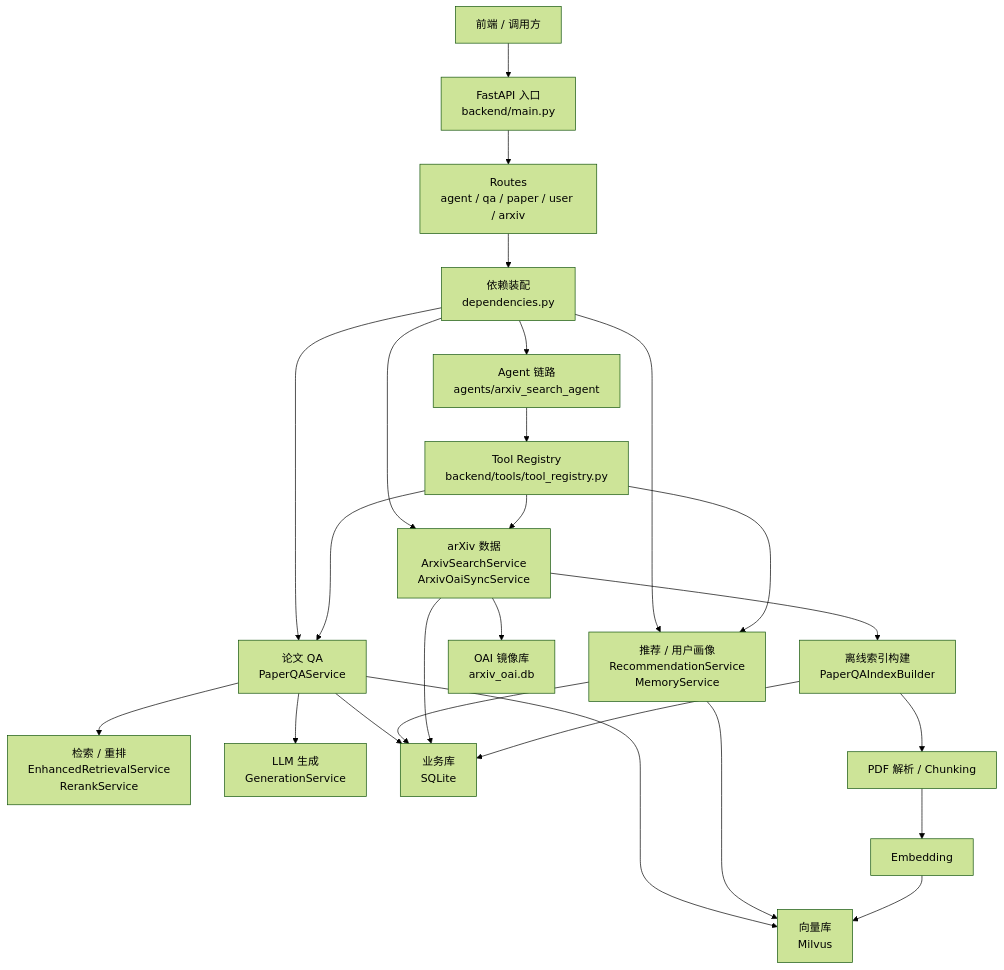
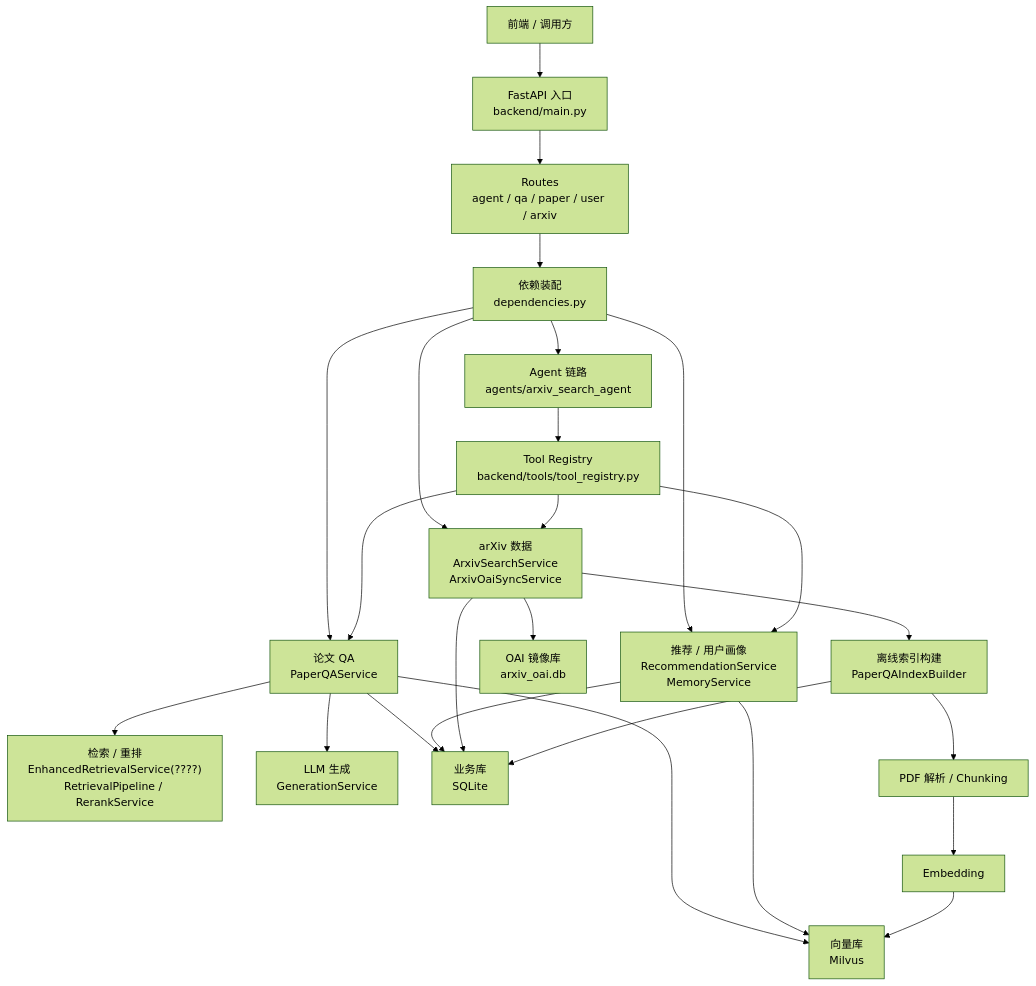
The diagram in docs/architecture/backend_system_overview.md (PolarisSun729/arxiv-research-agent), drawn with Mermaid (forest theme) before and after one commit. The commit also changed 38 other files, not shown here.

````diff
--- a/docs/architecture/backend_system_overview.md
+++ b/docs/architecture/backend_system_overview.md
@@ -7,52 +7,52 @@
 ```mermaid
 flowchart TD
     client["前端 / 调用方"]
 
     client --> main["FastAPI 入口
 backend/main.py"]
     main --> routers["Routes
 agent / qa / paper / user / arxiv"]
     routers --> deps["依赖装配
 dependencies.py"]
 
     deps --> agent["Agent 链路
 agents/arxiv_search_agent"]
     deps --> qa["论文 QA
 PaperQAService"]
     deps --> rec["推荐 / 用户画像
 RecommendationService
 MemoryService"]
     deps --> arxiv["arXiv 数据
 ArxivSearchService
 ArxivOaiSyncService"]
 
     agent --> tools["Tool Registry
 backend/tools/tool_registry.py"]
     tools --> qa
     tools --> rec
     tools --> arxiv
 
     qa --> retrieval["检索 / 重排
-EnhancedRetrievalService
-RerankService"]
+EnhancedRetrievalService(????)
+RetrievalPipeline / RerankService"]
     qa --> llm["LLM 生成
 GenerationService"]
     qa --> vector["向量库
 Milvus"]
     qa --> sqlite["业务库
 SQLite"]
 
     rec --> sqlite
     rec --> vector
 
     arxiv --> oai["OAI 镜像库
 arxiv_oai.db"]
     arxiv --> sqlite
 
     index["离线索引构建
 PaperQAIndexBuilder"] --> pdf["PDF 解析 / Chunking"]
     pdf --> embed["Embedding"]
     embed --> vector
     index --> sqlite
     arxiv --> index
 ```
````
